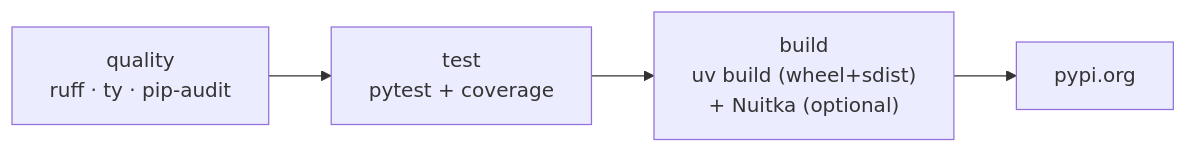
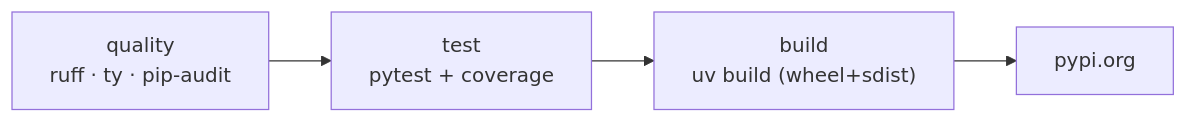
Before and after one commit to hyperi-io/hyperi-ci: the diagram in docs/languages/python.md, drawn with Mermaid. The commit also changed other lines of this file and 5 other files, not shown here.

First line of the commit message:
fix(python): remove the Nuitka build strategy

````diff
--- a/docs/languages/python.md
+++ b/docs/languages/python.md
@@ -16,6 +16,6 @@
 ```mermaid
 flowchart LR
     Q["quality<br/>ruff · ty · pip-audit"] --> T["test<br/>pytest + coverage"]
-    T --> B["build<br/>uv build (wheel+sdist)<br/>+ Nuitka (optional)"]
+    T --> B["build<br/>uv build (wheel+sdist)"]
     B --> PYPI["pypi.org"]
 ```
````
